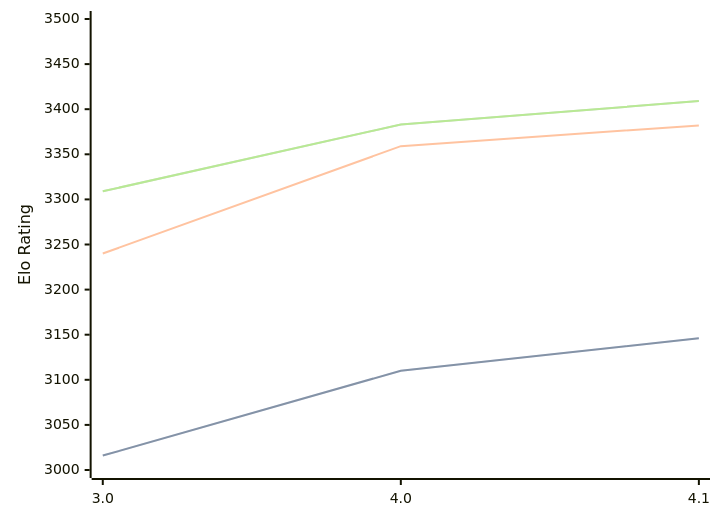
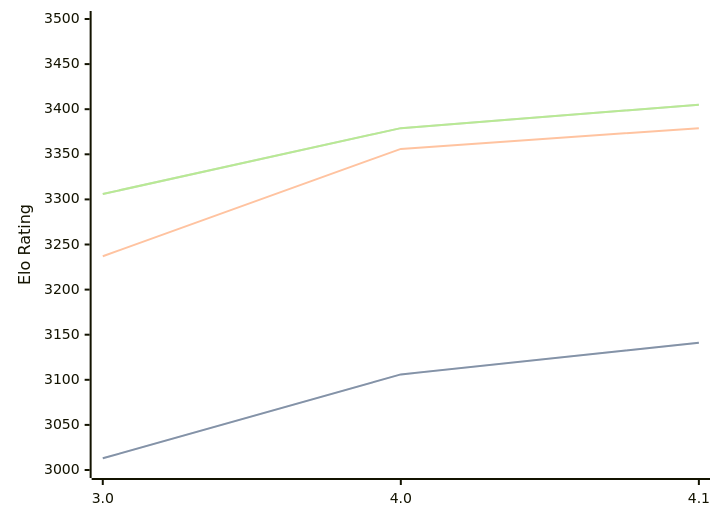
Before and after one commit to computer-chess-index/cci: the diagram in engines/Eleanor.md, drawn with Mermaid. The commit also changed other lines of this file, not shown here.

Commit message:
Update CCI Ratings (ELO VLTC) - 2026-06-08

````diff
--- a/engines/Eleanor.md
+++ b/engines/Eleanor.md
@@ -35,11 +35,11 @@
 ```mermaid
 %%{init: {"theme":"base","themeVariables":{"seriesColors:['#a3a3a3','#222221','#faa371']}}}%%
 xychart-beta
   x-axis ["3.0", "4.0", "4.1"]
   y-axis "Elo Rating" 3000 --> 3500
-  line "STC (8.0+0.08s)" [3016, 3110, 3146]
-  line "STC (8.0+0.08s)" [3016, 3110, 3146]
-  line "LTC (60.0+0.60s)" [3240, 3359, 3382]
-  line "VLTC (2m24s+1.12s)" [3309, 3383, 3409]
-  line "VLTC (2m24s+1.12s)" [3309, 3383, 3409]
+  line "STC (8.0+0.08s)" [3013, 3106, 3141]
+  line "STC (8.0+0.08s)" [3013, 3106, 3141]
+  line "LTC (60.0+0.60s)" [3237, 3356, 3379]
+  line "VLTC (2m24s+1.12s)" [3306, 3379, 3405]
+  line "VLTC (2m24s+1.12s)" [3306, 3379, 3405]
 ```
````
